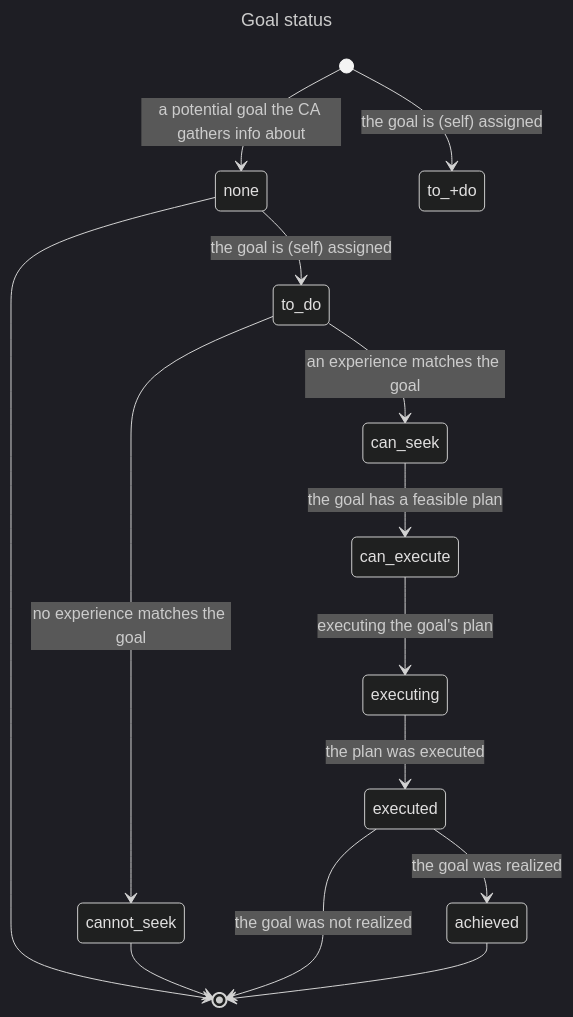
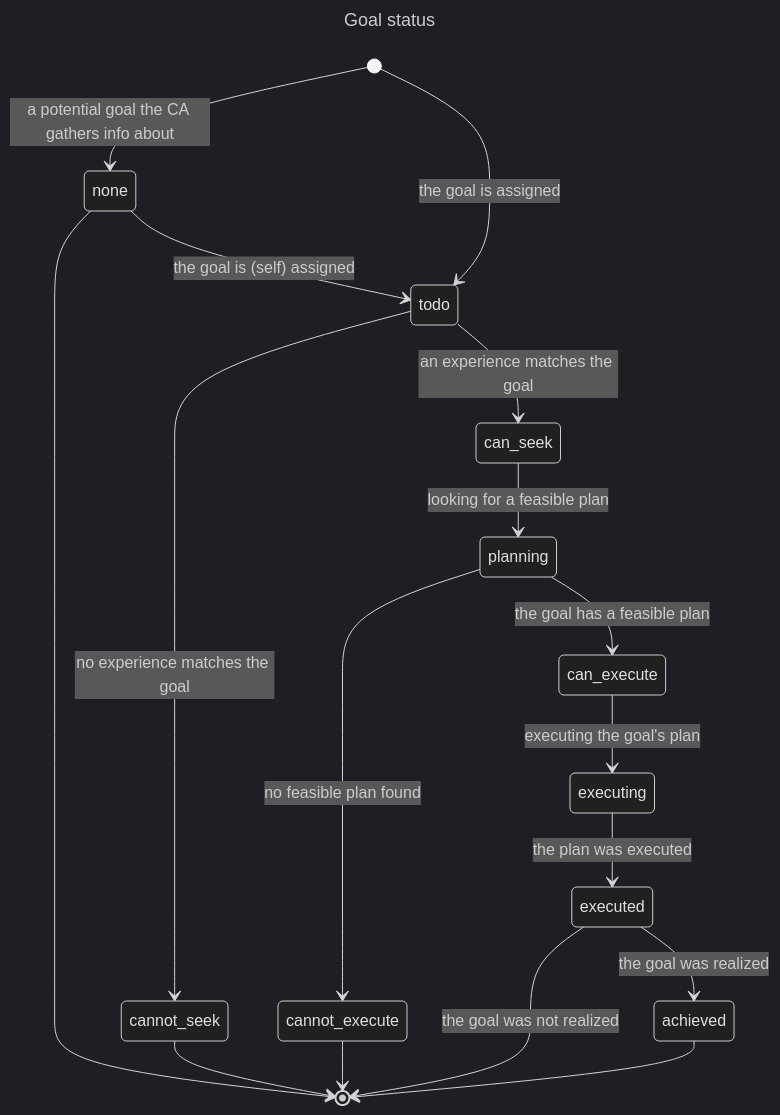
One commit to jfcloutier/karma_system changed the first of 2 diagrams in design_notes/acting.md. Above: the diagram before and after it, drawn with Mermaid (dark theme). The commit also changed other lines of this file, not shown here.

````diff
--- a/design_notes/acting.md
+++ b/design_notes/acting.md
@@ -250,19 +265,22 @@
 ```mermaid
 ---
 title: Goal status
 ---
 stateDiagram-v2
     [*] --> none : a potential goal the CA gathers info about
-    none --> to_do : the goal is (self) assigned
-    [*] --> to_+do : the goal is (self) assigned
+    none --> todo : the goal is (self) assigned
+    [*] --> todo : the goal is assigned
     none --> [*]
-    to_do --> can_seek : an experience matches the goal
-    to_do --> cannot_seek: no experience matches the goal
+    todo --> can_seek : an experience matches the goal
+    todo --> cannot_seek: no experience matches the goal
     cannot_seek --> [*]
-    can_seek --> can_execute : the goal has a feasible plan
+    can_seek --> planning : looking for a feasible plan
+    planning --> can_execute : the goal has a feasible plan
+    planning --> cannot_execute : no feasible plan found
+    cannot_execute --> [*]
     can_execute --> executing : executing the goal's plan
     executing --> executed : the plan was executed
     executed --> achieved : the goal was realized
     executed --> [*] : the goal was not realized
     achieved --> [*]
 ```  
````
